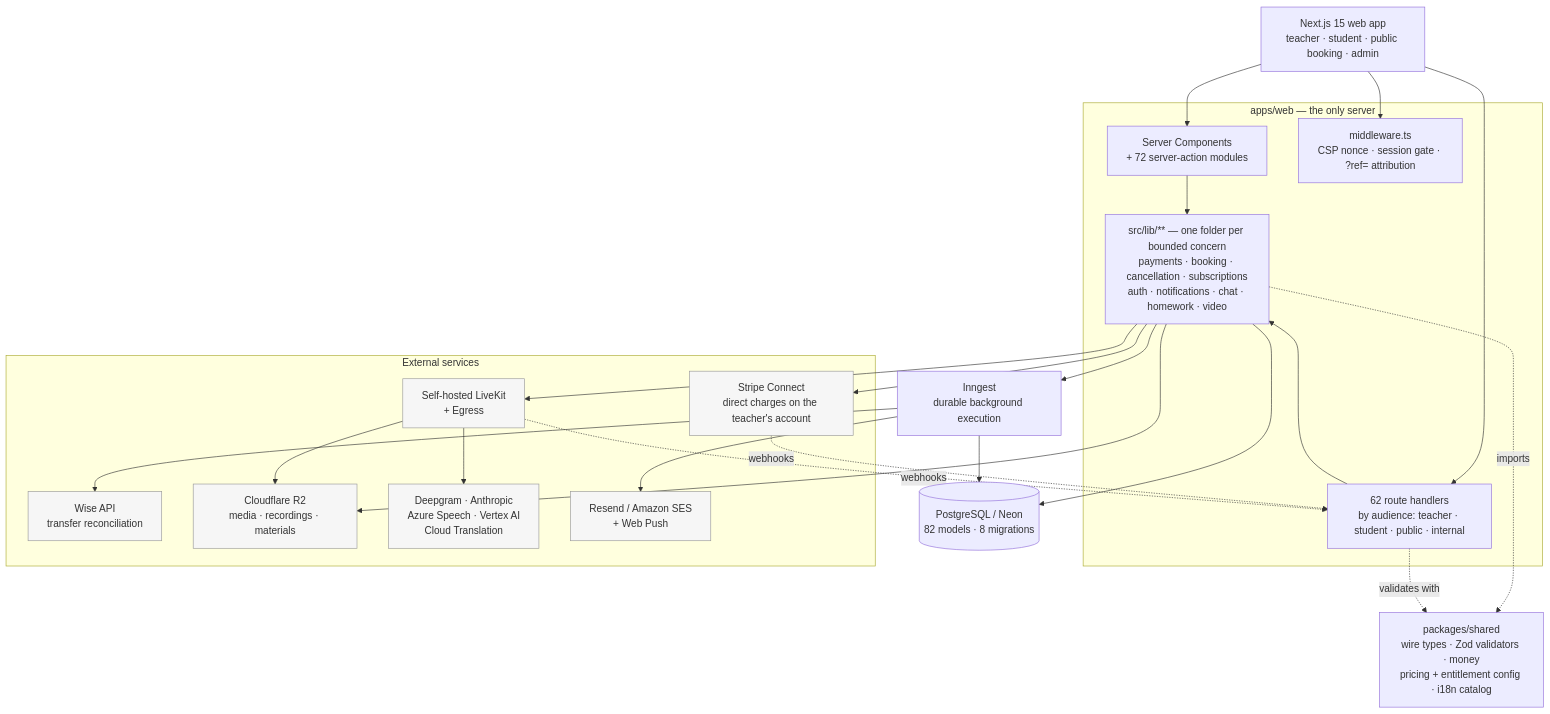
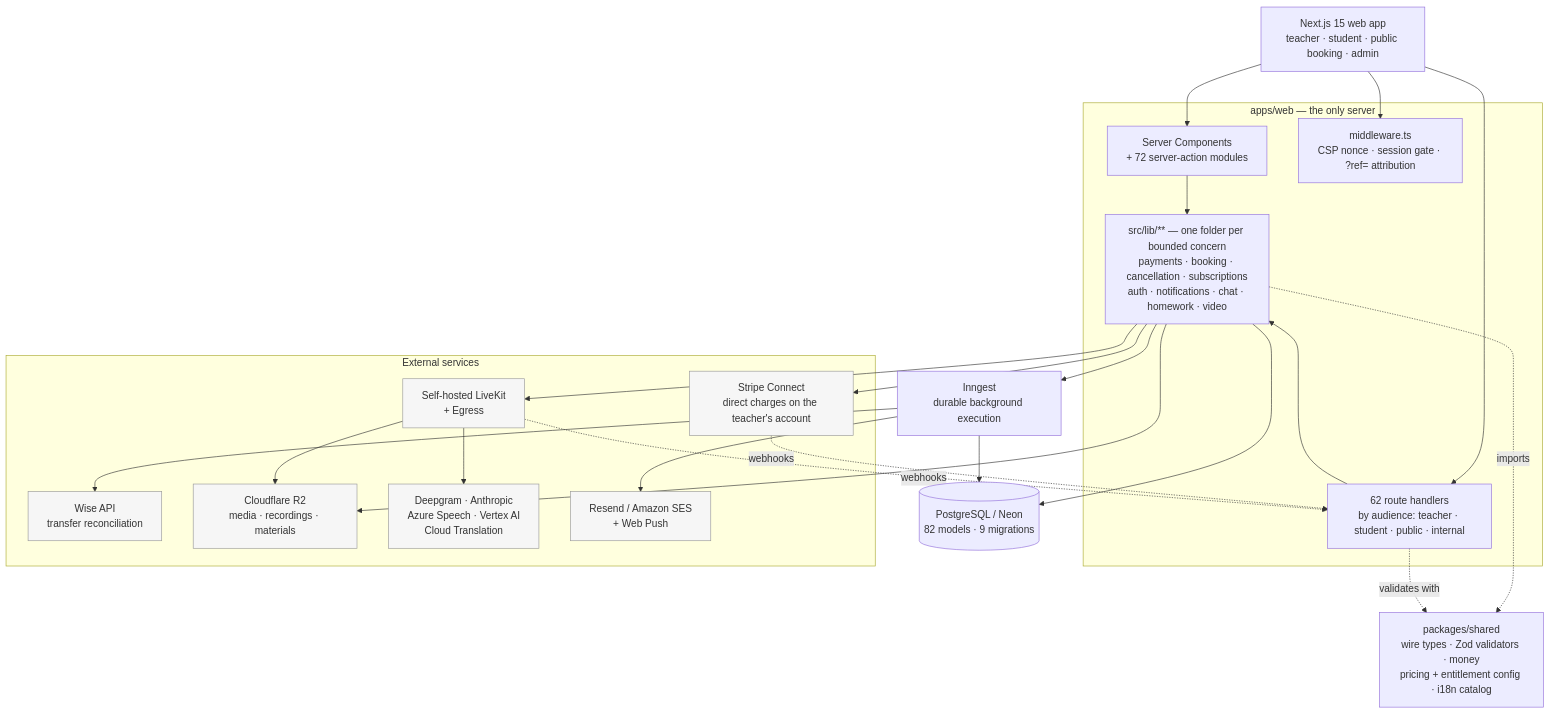
One commit to jaystewartuk/spiralclass changed the first of 2 diagrams in README.md. Above: the diagram before and after it, drawn with Mermaid. The commit also changed other lines of this file and 7 other files, not shown here.

````diff
--- a/README.md
+++ b/README.md
@@ -131,48 +131,48 @@
 ```mermaid
 graph TB
     WEB["Next.js 15 web app<br/>teacher · student · public booking · admin"]
 
     subgraph app["apps/web — the only server"]
         RSC["Server Components<br/>+ 72 server-action modules"]
         API["62 route handlers<br/>by audience: teacher · student · public · internal"]
         MW["middleware.ts<br/>CSP nonce · session gate · ?ref= attribution"]
         LIB["src/lib/** — one folder per bounded concern<br/>payments · booking · cancellation · subscriptions<br/>auth · notifications · chat · homework · video"]
     end
 
     SH["packages/shared<br/>wire types · Zod validators · money<br/>pricing + entitlement config · i18n catalog"]
 
-    DB[("PostgreSQL / Neon<br/>82 models · 8 migrations")]
+    DB[("PostgreSQL / Neon<br/>82 models · 9 migrations")]
     JOBS["Inngest<br/>durable background execution"]
 
     subgraph external["External services"]
         STRIPE["Stripe Connect<br/>direct charges on the teacher's account"]
         WISE["Wise API<br/>transfer reconciliation"]
         LK["Self-hosted LiveKit<br/>+ Egress"]
         R2["Cloudflare R2<br/>media · recordings · materials"]
         AI["Deepgram · Anthropic<br/>Azure Speech · Vertex AI<br/>Cloud Translation"]
         MAIL["Resend / Amazon SES<br/>+ Web Push"]
     end
 
     WEB --> MW
     WEB --> RSC
     WEB --> API
     RSC --> LIB
     API --> LIB
     LIB --> DB
     LIB --> JOBS
     JOBS --> DB
     JOBS --> MAIL
     LIB --> STRIPE
     JOBS --> WISE
     LIB --> LK
     LK --> R2
     LK --> AI
     LIB --> R2
     LIB -.imports.-> SH
     API -.validates with.-> SH
     STRIPE -.webhooks.-> API
     LK -.webhooks.-> API
 
     classDef ext fill:#f6f6f6,stroke:#999,color:#333
     class STRIPE,WISE,LK,R2,AI,MAIL ext
 ```
````
